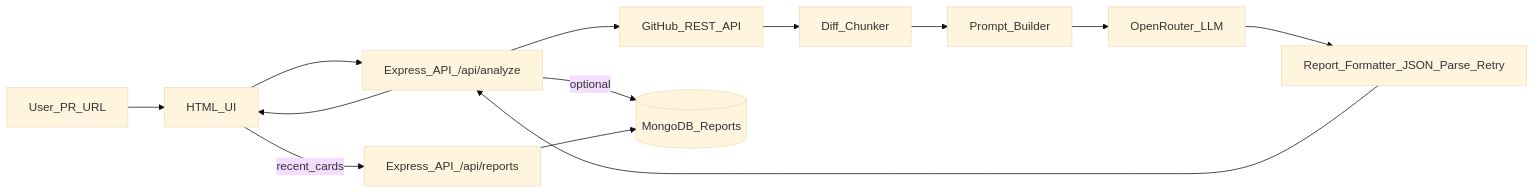
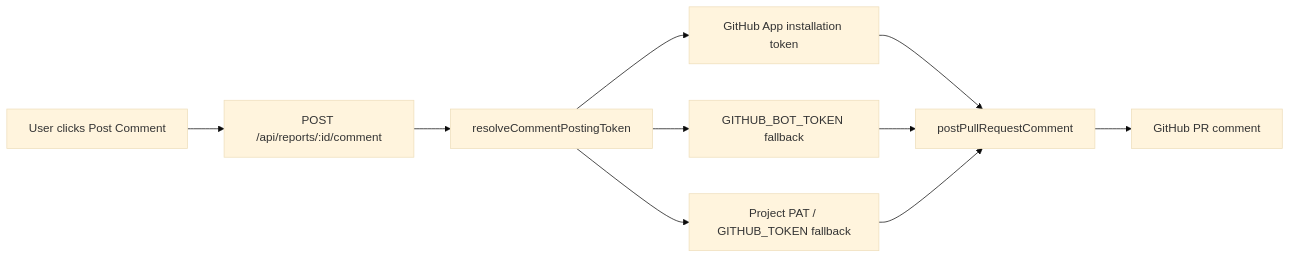
The second of 2 diagrams in README.md (deepraj21/Sentry), drawn with Mermaid (base theme) before and after one commit. The commit also changed other lines of this file and 42 other files, not shown here.

First line of the commit message:
Add auth, projects hub, GitHub App comments, and scoped report management.

````diff
--- a/README.md
+++ b/README.md
@@ -24,15 +97,12 @@
 ```mermaid
 flowchart LR
-  user[User_PR_URL] --> ui[HTML_UI]
-  ui --> api[Express_API_/api/analyze]
-  api --> gh[GitHub_REST_API]
-  gh --> chunk[Diff_Chunker]
-  chunk --> prompt[Prompt_Builder]
-  prompt --> llm[OpenRouter_LLM]
-  llm --> parse[Report_Formatter_JSON_Parse_Retry]
-  parse --> api
-  api --> ui
-  api -->|optional| db[(MongoDB_Reports)]
-  ui -->|recent_cards| reportsApi[Express_API_/api/reports]
-  reportsApi --> db
+  user[User clicks Post Comment] --> api[POST /api/reports/:id/comment]
+  api --> token[resolveCommentPostingToken]
+  token --> app[GitHub App installation token]
+  token --> bot[GITHUB_BOT_TOKEN fallback]
+  token --> pat[Project PAT / GITHUB_TOKEN fallback]
+  app --> post[postPullRequestComment]
+  bot --> post
+  pat --> post
+  post --> gh[GitHub PR comment]
 ```
````
